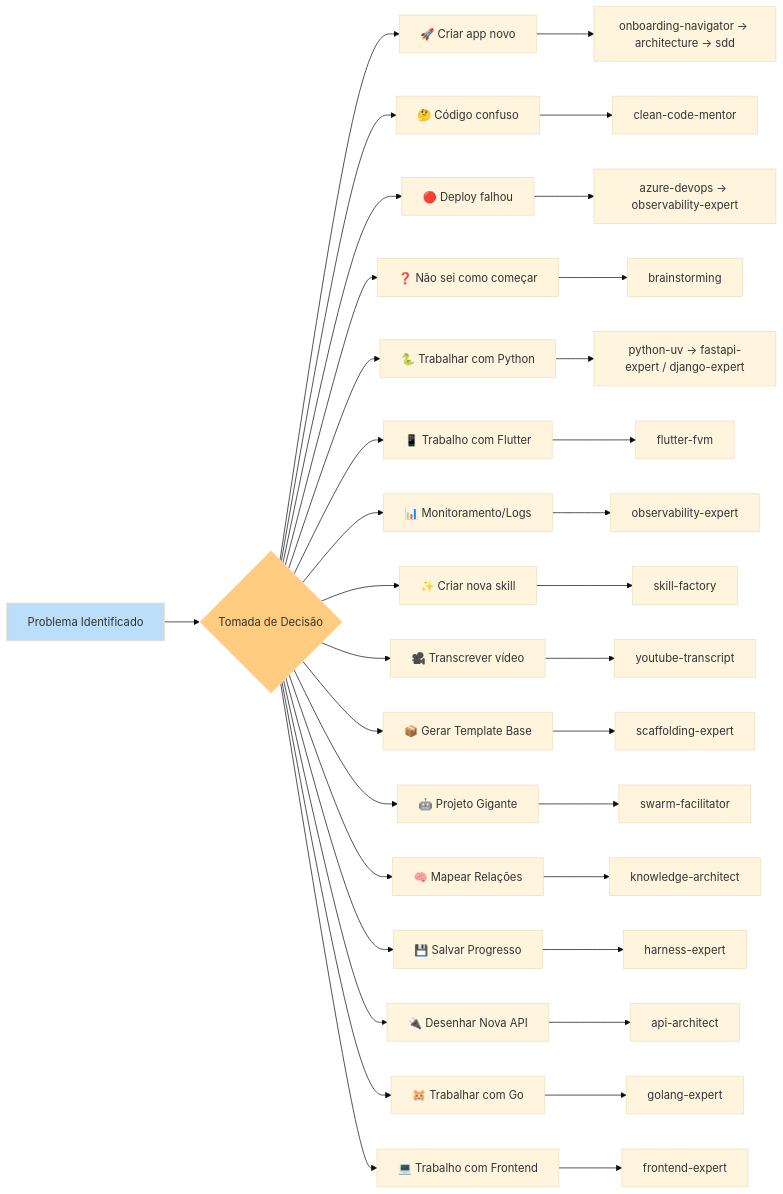
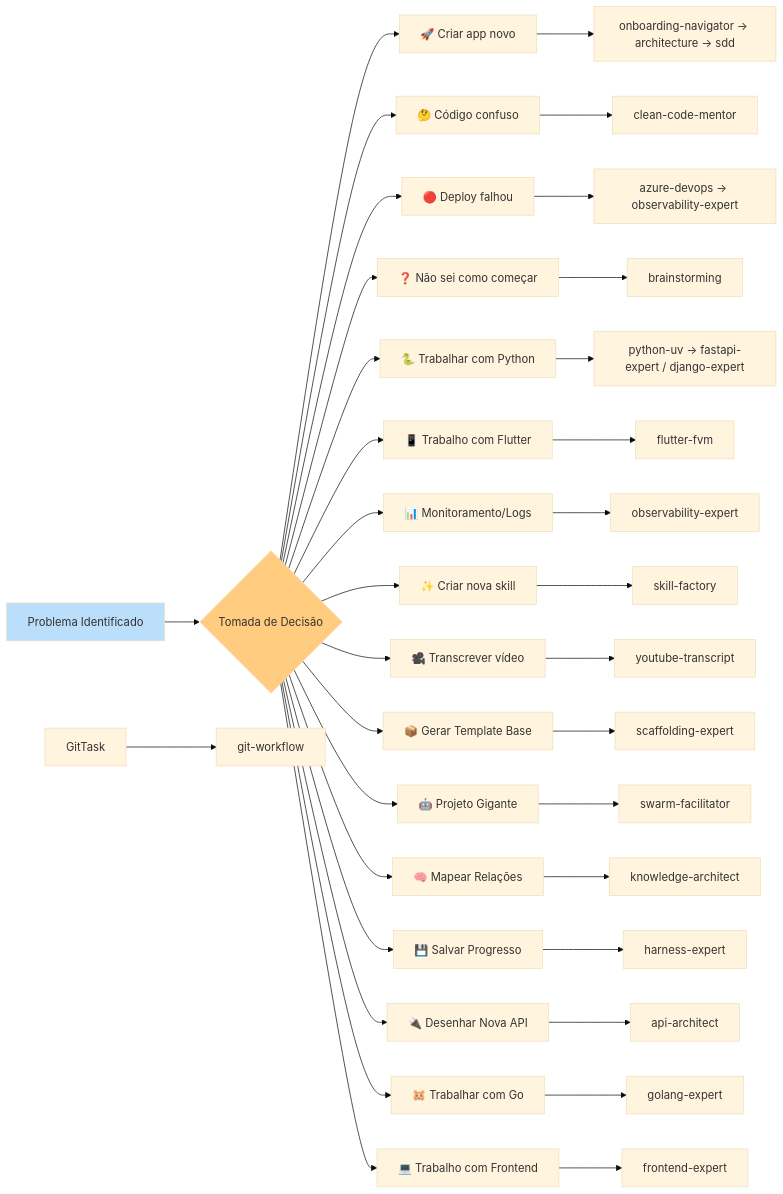
One commit to KlebersonCollab/skills changed the second of 2 diagrams in onboarding-navigator/references/skills-catalog.md. Above: the diagram before and after it, drawn with Mermaid (base theme). The commit also changed other lines of this file and 23 other files, not shown here.

Commit message:
feat(hub): integrate git-workflow skill and update global mandates to 21 skills

````diff
--- a/onboarding-navigator/references/skills-catalog.md
+++ b/onboarding-navigator/references/skills-catalog.md
@@ -101,41 +103,42 @@
 ```mermaid
 flowchart LR
     Problem[Problema Identificado] --> Decision{Tomada de Decisão}
     
     Decision --> NewApp["🚀 Criar app novo"]
     Decision --> CodeSmell["🤔 Código confuso"]
     Decision --> DeployFailed["🔴 Deploy falhou"]
     Decision --> NoIdea["❓ Não sei como começar"]
     Decision --> PythonTask["🐍 Trabalhar com Python"]
     Decision --> FlutterTask["📱 Trabalho com Flutter"]
     Decision --> Monitor["📊 Monitoramento/Logs"]
     Decision --> NewSkill["✨ Criar nova skill"]
     Decision --> YoutubeVid["🎥 Transcrever vídeo"]
     Decision --> Scaffold["📦 Gerar Template Base"]
     Decision --> Orchestrate["🤖 Projeto Gigante"]
     Decision --> MapKnowledge["🧠 Mapear Relações"]
     Decision --> SaveState["💾 Salvar Progresso"]
     Decision --> NewAPI["🔌 Desenhar Nova API"]
     Decision --> GoTask["🐹 Trabalhar com Go"]
     Decision --> FrontendTask["💻 Trabalho com Frontend"]
     
     NewApp --> Path1[onboarding-navigator → architecture → sdd]
     CodeSmell --> Path2[clean-code-mentor]
     DeployFailed --> Path3[azure-devops → observability-expert]
     NoIdea --> Path4[brainstorming]
     PythonTask --> Path5[python-uv → fastapi-expert / django-expert]
     FlutterTask --> Path6[flutter-fvm]
     Monitor --> Path7[observability-expert]
     NewSkill --> Path8[skill-factory]
     YoutubeVid --> Path9[youtube-transcript]
     Scaffold --> Path10[scaffolding-expert]
     Orchestrate --> Path11[swarm-facilitator]
     MapKnowledge --> Path12[knowledge-architect]
     SaveState --> Path13[harness-expert]
     NewAPI --> Path14[api-architect]
     GoTask --> Path15[golang-expert]
     FrontendTask --> Path16[frontend-expert]
+    GitTask --> Path17[git-workflow]
     
     style Problem fill:#bbdefb
     style Decision fill:#ffcc80
 ```
````
